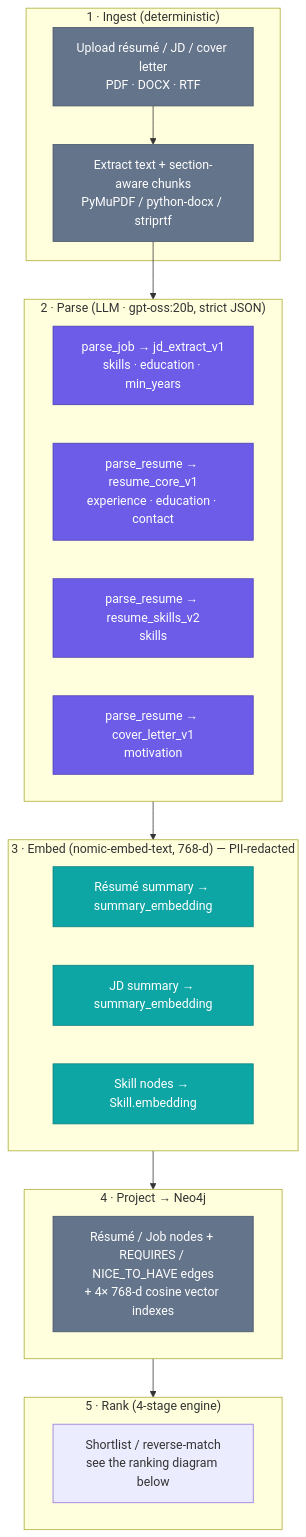
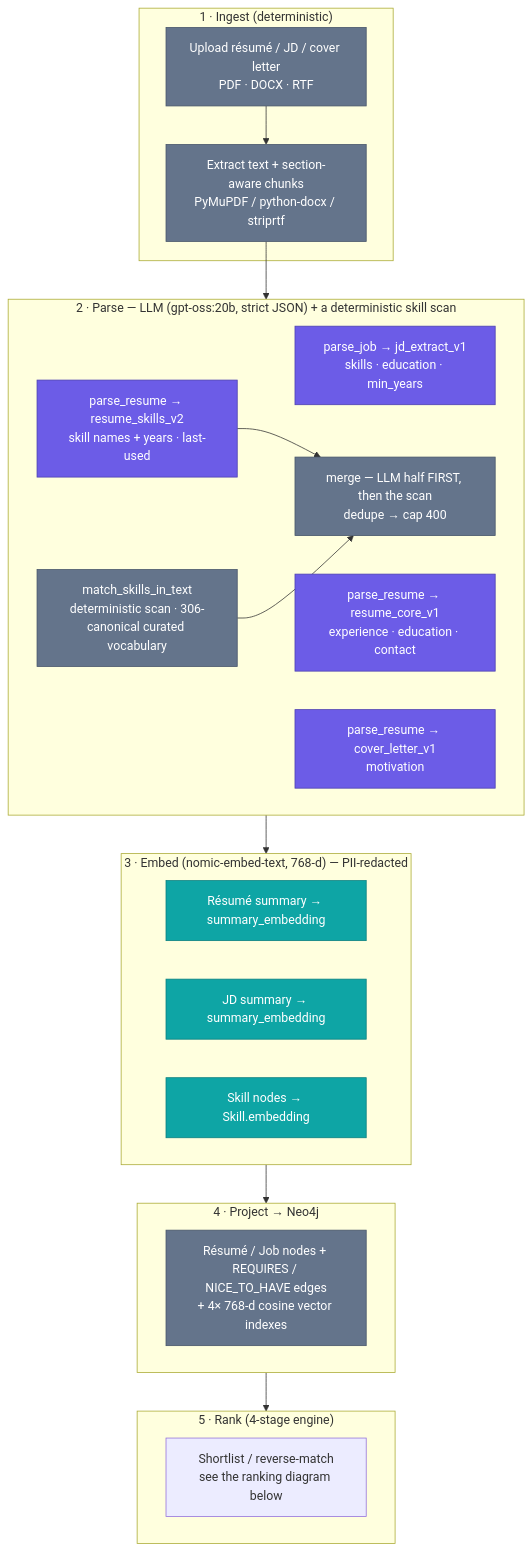
One commit to humanaxiom/recruiter-assistant changed the first of 4 diagrams in docs/ai-usage-overview.md. Above: the diagram before and after it, drawn with Mermaid. The commit also changed other lines of this file and 3 other files, not shown here.

````diff
--- a/docs/ai-usage-overview.md
+++ b/docs/ai-usage-overview.md
@@ -38,41 +38,45 @@
 ```mermaid
 flowchart TB
     subgraph INGEST["1 · Ingest (deterministic)"]
         UP["Upload résumé / JD / cover letter<br/>PDF · DOCX · RTF"]
         EX["Extract text + section-aware chunks<br/>PyMuPDF / python-docx / striprtf"]
         UP --> EX
     end
 
-    subgraph PARSE["2 · Parse (LLM · gpt-oss:20b, strict JSON)"]
+    subgraph PARSE["2 · Parse — LLM (gpt-oss:20b, strict JSON) + a deterministic skill scan"]
         JD["parse_job → jd_extract_v1<br/>skills · education · min_years"]
         RC["parse_resume → resume_core_v1<br/>experience · education · contact"]
-        RS["parse_resume → resume_skills_v2<br/>skills"]
+        RS["parse_resume → resume_skills_v2<br/>skill names + years · last-used"]
         CL["parse_resume → cover_letter_v1<br/>motivation"]
+        SC["match_skills_in_text<br/>deterministic scan · 306-canonical curated vocabulary"]
+        MG["merge — LLM half FIRST, then the scan<br/>dedupe → cap 400"]
+        RS --> MG
+        SC --> MG
     end
 
     subgraph EMBED["3 · Embed (nomic-embed-text, 768-d) — PII-redacted"]
         RE["Résumé summary → summary_embedding"]
         JE["JD summary → summary_embedding"]
         SE["Skill nodes → Skill.embedding"]
     end
 
     subgraph GRAPH["4 · Project → Neo4j"]
         N["Résumé / Job nodes + REQUIRES / NICE_TO_HAVE edges<br/>+ 4× 768-d cosine vector indexes"]
     end
 
     subgraph RANK["5 · Rank (4-stage engine)"]
         R["Shortlist / reverse-match<br/>see the ranking diagram below"]
     end
 
     EX --> PARSE
     PARSE --> EMBED
     EMBED --> GRAPH
     GRAPH --> RANK
 
     classDef llm fill:#6C5CE7,stroke:#4B3FB0,color:#fff;
     classDef emb fill:#0EA5A5,stroke:#0A7F7F,color:#fff;
     classDef det fill:#64748B,stroke:#475569,color:#fff;
     class JD,RC,RS,CL llm;
     class RE,JE,SE emb;
-    class UP,EX,N det;
+    class UP,EX,N,SC,MG det;
 ```
````
